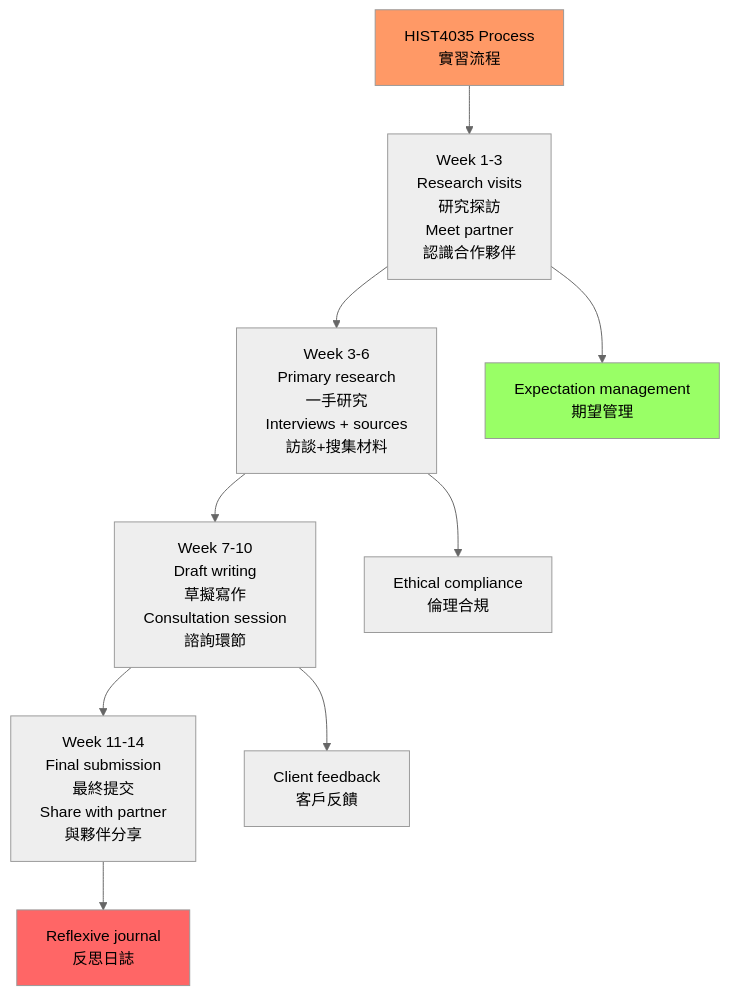
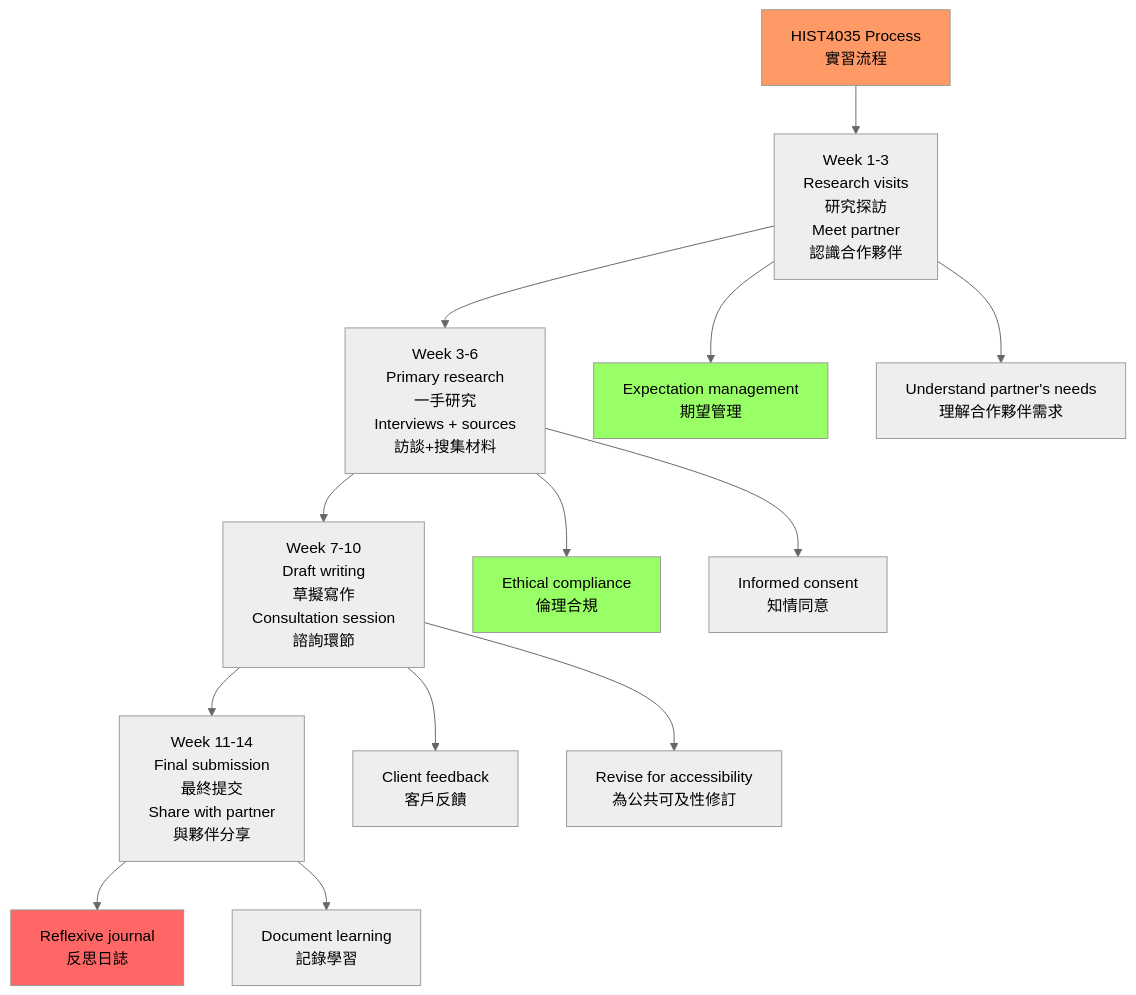
Before and after one commit to yip-lgtm/HKU-Harvard-History-Self-Study: the first of 5 diagrams in 01_HKU_Courses/HIST4035_History_Applied_Internship.md, drawn with Mermaid (neutral theme). The commit also changed other lines of this file and 22 other files, not shown here.

````diff
--- a/01_HKU_Courses/HIST4035_History_Applied_Internship.md
+++ b/01_HKU_Courses/HIST4035_History_Applied_Internship.md
@@ -93,16 +154,21 @@
 ```mermaid
 flowchart TD
     A[HIST4035 Process<br/>實習流程] --> B[Week 1-3<br/>Research visits<br/>研究探訪<br/>Meet partner<br/>認識合作夥伴]
     B --> C[Week 3-6<br/>Primary research<br/>一手研究<br/>Interviews + sources<br/>訪談+搜集材料]
     C --> D[Week 7-10<br/>Draft writing<br/>草擬寫作<br/>Consultation session<br/>諮詢環節]
     D --> E[Week 11-14<br/>Final submission<br/>最終提交<br/>Share with partner<br/>與夥伴分享]
     
     B --> F[Expectation management<br/>期望管理]
+    B --> F1[Understand partner's needs<br/>理解合作夥伴需求]
     C --> G[Ethical compliance<br/>倫理合規]
+    C --> G1[Informed consent<br/>知情同意]
     D --> H[Client feedback<br/>客戶反饋]
+    D --> H1[Revise for accessibility<br/>為公共可及性修訂]
     E --> I[Reflexive journal<br/>反思日誌]
+    E --> I1[Document learning<br/>記錄學習]
     
     style A fill:#f96
     style F fill:#9f6
+    style G fill:#9f6
     style I fill:#f66
 ```
````
